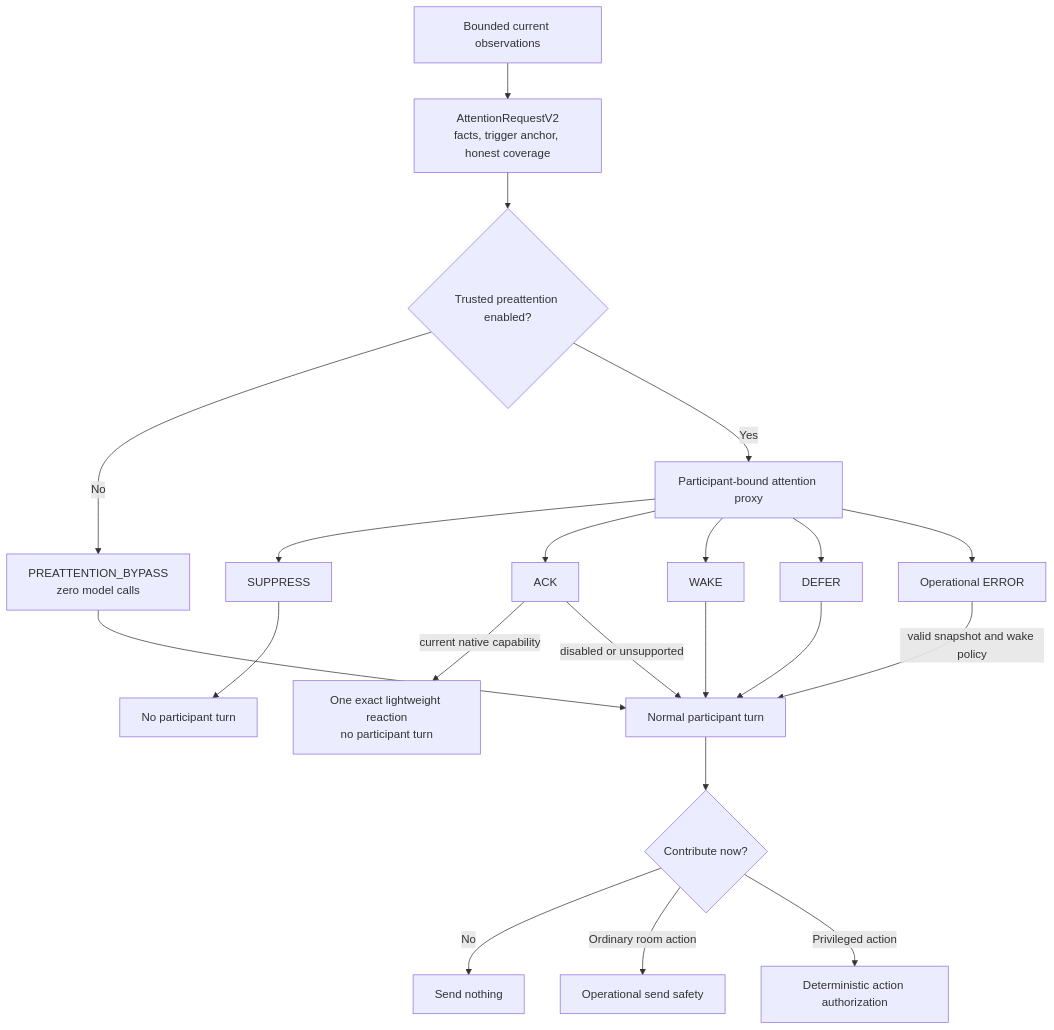
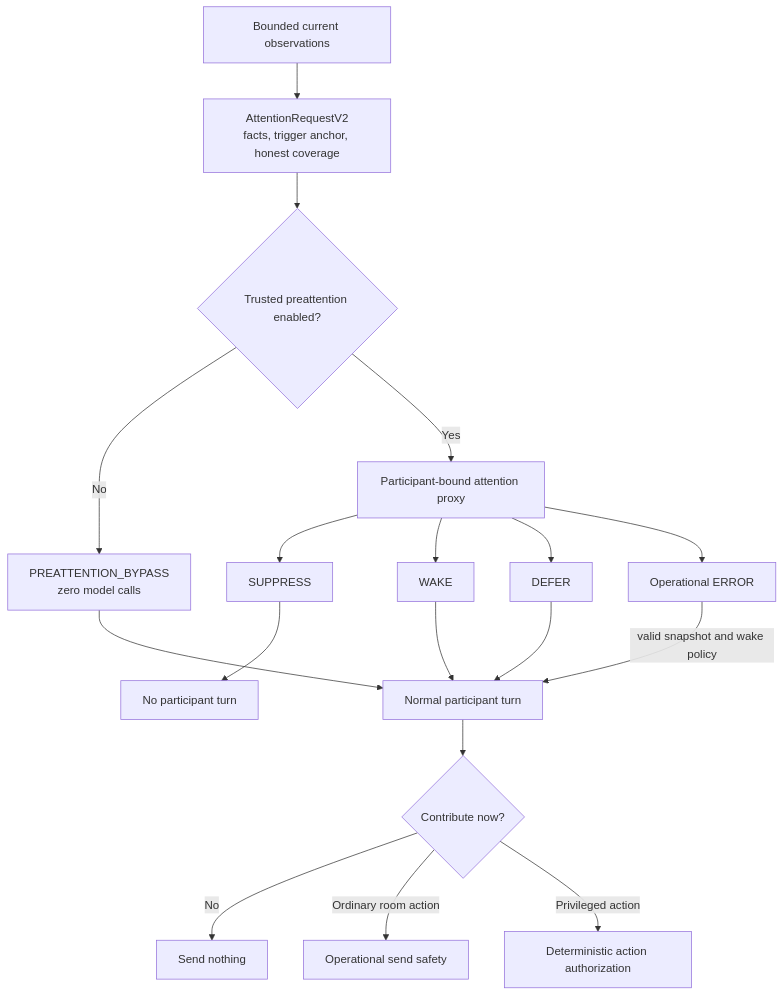
One commit to mentatzoe/nunchi changed the fourth of 8 diagrams in docs/architecture/v2-selected-design.md. Above: the diagram before and after it, drawn with Mermaid. The commit also changed other lines of this file and 71 other files, not shown here.

````diff
--- a/docs/architecture/v2-selected-design.md
+++ b/docs/architecture/v2-selected-design.md
@@ -152,23 +152,20 @@
 ```mermaid
 flowchart TB
     Observations["Bounded current observations"] --> Request["AttentionRequestV2<br/>facts, trigger anchor, honest coverage"]
     Request --> Policy{"Trusted preattention enabled?"}
     Policy -->|"No"| Bypass["PREATTENTION_BYPASS<br/>zero model calls"]
     Policy -->|"Yes"| Proxy["Participant-bound attention proxy"]
     Proxy --> Suppress["SUPPRESS"]
-    Proxy --> Ack["ACK"]
     Proxy --> Wake["WAKE"]
     Proxy --> Defer["DEFER"]
     Proxy --> Error["Operational ERROR"]
     Wake --> Participant["Normal participant turn"]
-    Ack -->|"current native capability"| Reaction["One exact lightweight reaction<br/>no participant turn"]
-    Ack -->|"disabled or unsupported"| Participant
     Defer --> Participant
     Bypass --> Participant
     Error -->|"valid snapshot and wake policy"| Participant
     Suppress --> NoWake["No participant turn"]
     Participant --> Act{"Contribute now?"}
     Act -->|"No"| Silent["Send nothing"]
     Act -->|"Ordinary room action"| Send["Operational send safety"]
     Act -->|"Privileged action"| Guard["Deterministic action authorization"]
 ```
````
